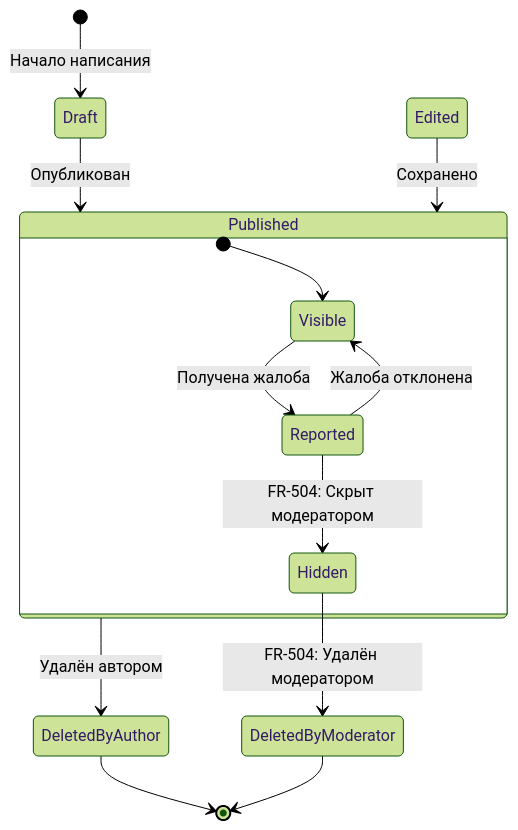
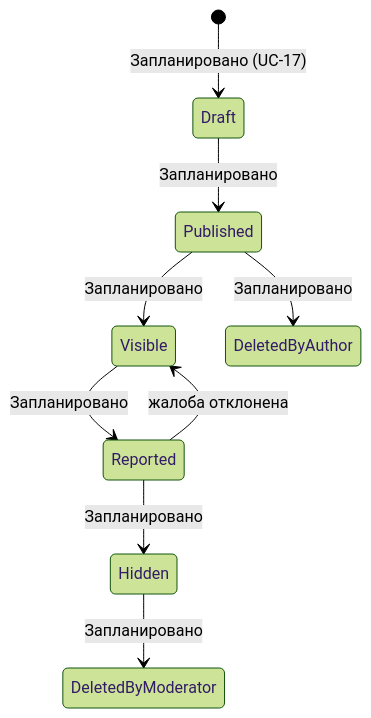
The diagram in docs/state/Review.md (Rento-devteam/Rento), drawn with Mermaid (forest theme) before and after one commit. The commit also changed other lines of this file and 33 other files, not shown here.

````diff
--- a/docs/state/Review.md
+++ b/docs/state/Review.md
@@ -1,22 +5,13 @@
 ```mermaid
-    stateDiagram-v2
-    [*] --> Draft: Начало написания
+stateDiagram-v2
+    [*] --> Draft: Запланировано (UC-17)
 
-    Draft --> Published: Опубликован
-   
-    state Published {
-        [*] --> Visible
-        Visible --> Reported: Получена жалоба
-        Reported --> Hidden: FR-504: Скрыт модератором
-        Reported --> Visible: Жалоба отклонена
-    }
-   
-    Edited --> Published: Сохранено
-   
-    Published --> DeletedByAuthor: Удалён автором
-    Hidden --> DeletedByModerator: FR-504: Удалён модератором
-   
-    DeletedByAuthor --> [*]
-    DeletedByModerator --> [*]
+    Draft --> Published: Запланировано
+    Published --> Visible: Запланировано
+    Visible --> Reported: Запланировано
+    Reported --> Hidden: Запланировано
+    Reported --> Visible: жалоба отклонена
 
+    Published --> DeletedByAuthor: Запланировано
+    Hidden --> DeletedByModerator: Запланировано
 ```
````
